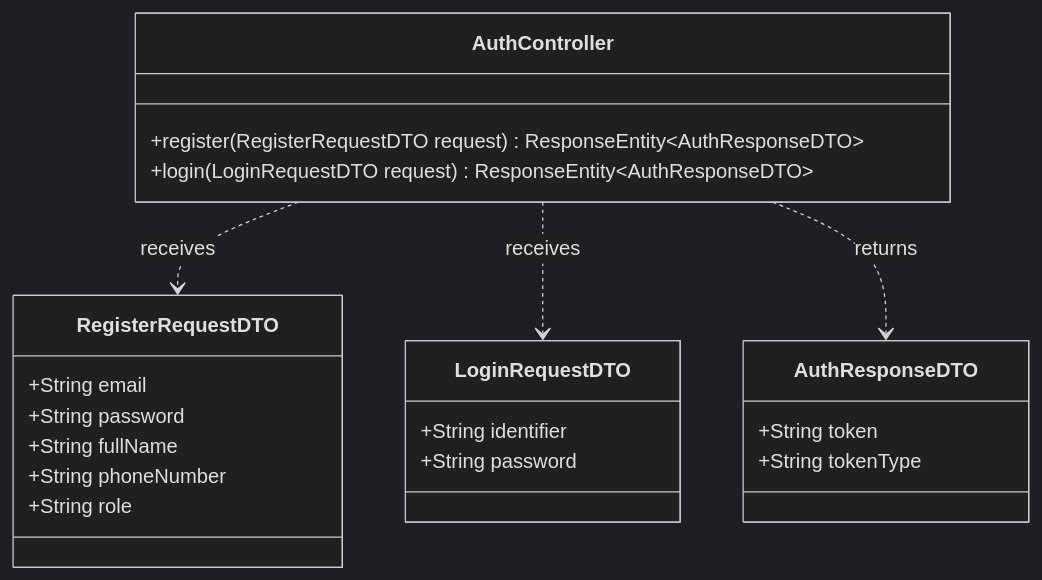
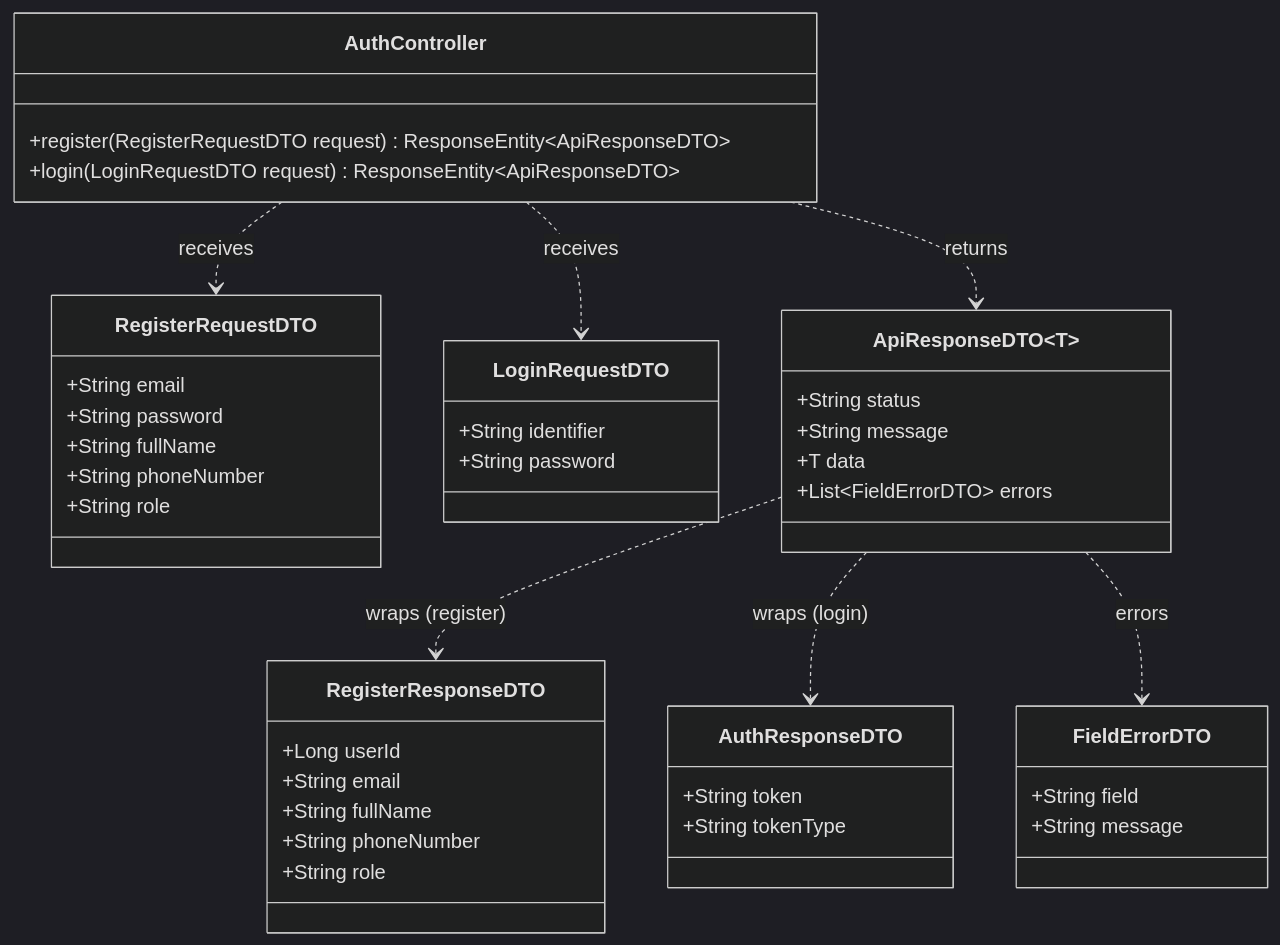
One commit to BlackyB0o/CS261_650001_group5 changed the first of 7 diagrams in docs/task-04/README.md. Above: the diagram before and after it, drawn with Mermaid (dark theme). The commit also changed other lines of this file, not shown here.

````diff
--- a/docs/task-04/README.md
+++ b/docs/task-04/README.md
@@ -81,26 +136,46 @@
 ```mermaid
 classDiagram
     class AuthController {
-        +register(RegisterRequestDTO request) ResponseEntity~AuthResponseDTO~
-        +login(LoginRequestDTO request) ResponseEntity~AuthResponseDTO~
+        +register(RegisterRequestDTO request) ResponseEntity~ApiResponseDTO~
+        +login(LoginRequestDTO request) ResponseEntity~ApiResponseDTO~
     }
     class RegisterRequestDTO {
         +String email
         +String password
         +String fullName
         +String phoneNumber
         +String role
     }
     class LoginRequestDTO {
         +String identifier
         +String password
     }
+    class RegisterResponseDTO {
+        +Long userId
+        +String email
+        +String fullName
+        +String phoneNumber
+        +String role
+    }
     class AuthResponseDTO {
         +String token
         +String tokenType
     }
+    class ApiResponseDTO~T~ {
+        +String status
+        +String message
+        +T data
+        +List~FieldErrorDTO~ errors
+    }
+    class FieldErrorDTO {
+        +String field
+        +String message
+    }
 
     AuthController ..> RegisterRequestDTO : receives
     AuthController ..> LoginRequestDTO : receives
-    AuthController ..> AuthResponseDTO : returns
+    AuthController ..> ApiResponseDTO : returns
+    ApiResponseDTO ..> RegisterResponseDTO : wraps (register)
+    ApiResponseDTO ..> AuthResponseDTO : wraps (login)
+    ApiResponseDTO ..> FieldErrorDTO : errors
 ```
````
